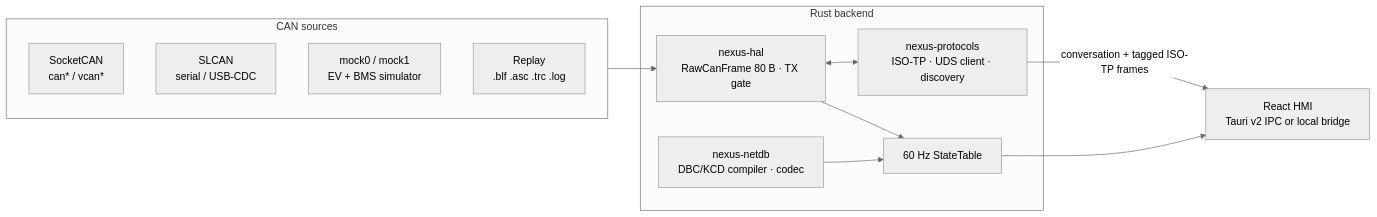
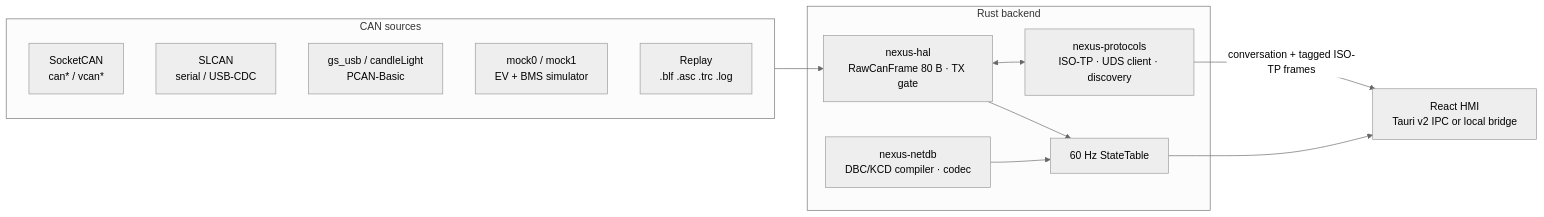
Before and after one commit to ethanskyemc/NexusCAN: the diagram in README.md, drawn with Mermaid (neutral theme). The commit also changed other lines of this file and 2 other files, not shown here.

````diff
--- a/README.md
+++ b/README.md
@@ -126,20 +175,21 @@
 ```mermaid
 flowchart LR
     subgraph HW["CAN sources"]
         SC[SocketCAN<br/>can* / vcan*]
         SL[SLCAN<br/>serial / USB-CDC]
+        GU[gs_usb / candleLight<br/>PCAN-Basic]
         MK[mock0 / mock1<br/>EV + BMS simulator]
         RP[Replay<br/>.blf .asc .trc .log]
     end
     subgraph Core["Rust backend"]
         HAL[nexus-hal<br/>RawCanFrame 80 B · TX gate]
         NET[nexus-netdb<br/>DBC/KCD compiler · codec]
         PRO[nexus-protocols<br/>ISO-TP · UDS client · discovery]
         ST[60 Hz StateTable]
     end
     UI[React HMI<br/>Tauri v2 IPC or local bridge]
     HW --> HAL --> ST --> UI
     HAL <--> PRO
     NET --> ST
     PRO -- conversation + tagged ISO-TP frames --> UI
 ```
````
